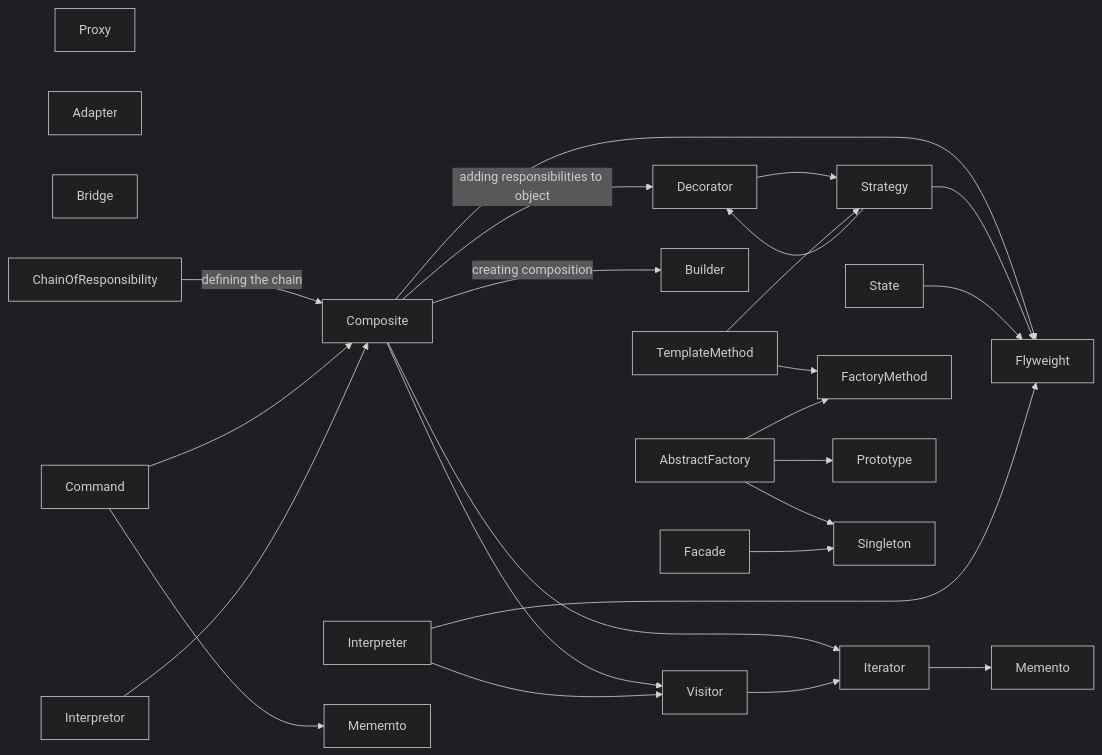
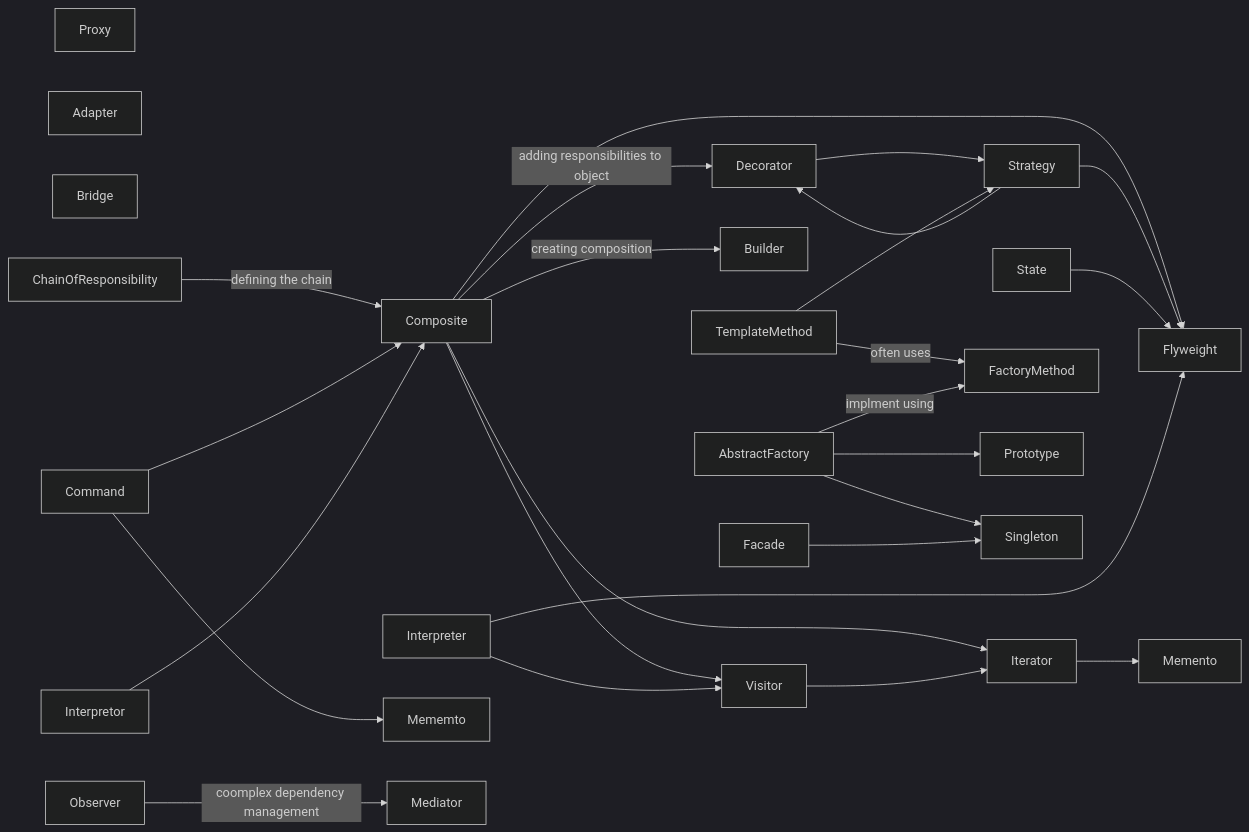
Before and after one commit to Joon-Park92/Joon-Park92.github.io: the diagram in docs/abe10a12-9498-4435-816e-a967daeadd3f.md, drawn with Mermaid (dark theme). The commit also changed other lines of this file, not shown here.

````diff
--- a/docs/abe10a12-9498-4435-816e-a967daeadd3f.md
+++ b/docs/abe10a12-9498-4435-816e-a967daeadd3f.md
@@ -1,39 +31,41 @@
 ```mermaid
 
 graph LR
     Proxy
     Adapter
     Bridge
 
     Composite --adding responsibilities to object--> Decorator
     Composite --> Visitor
     Composite --> Iterator
     Composite --creating composition--> Builder
     Composite --> Flyweight
 
     ChainOfResponsibility --defining the chain--> Composite
 
     Strategy --> Flyweight
     State --> Flyweight
     Interpreter --> Flyweight
 
     Command --> Mememto
     Command --> Composite
 
     Visitor --> Iterator
     Iterator --> Memento
 
     Interpreter --> Visitor
     Interpretor --> Composite
 
     Decorator --> Strategy
     Strategy --> Decorator
     TemplateMethod --> Strategy
-    TemplateMethod --> FactoryMethod
+    TemplateMethod --"often uses"--> FactoryMethod
 
-    AbstractFactory --> FactoryMethod
+    AbstractFactory --implment using--> FactoryMethod
     AbstractFactory --> Prototype
     AbstractFactory --> Singleton
     Facade --> Singleton
 
+    Observer --coomplex dependency management--> Mediator
+
 ```
````
